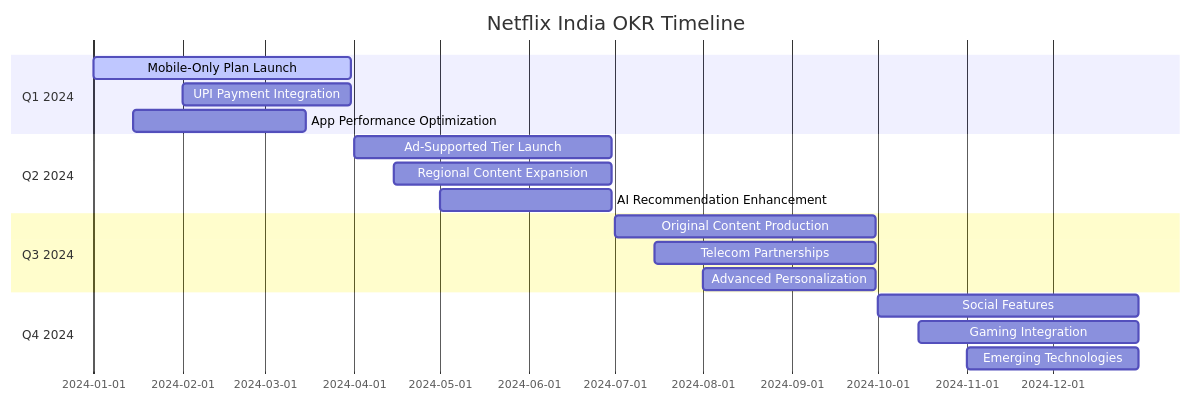
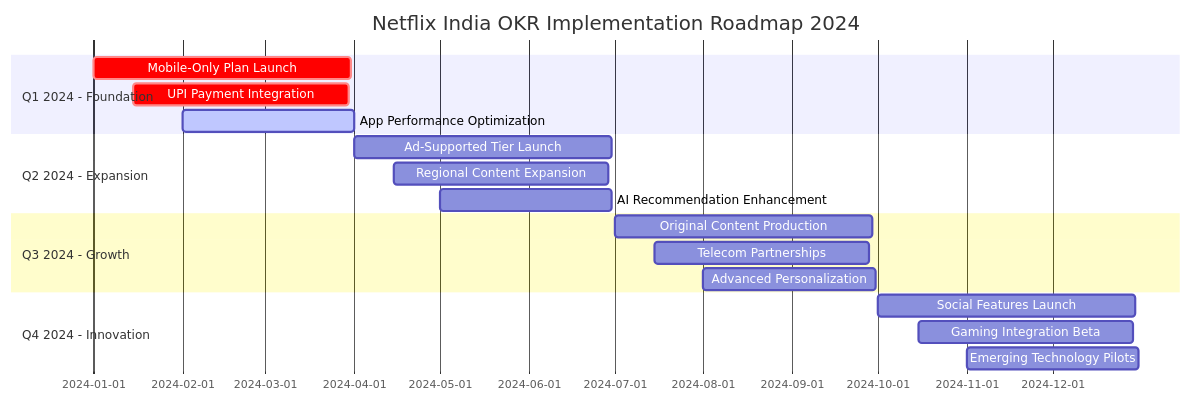
One commit to VIKAS9793/netflix-india-pm-case-study changed the third of 5 diagrams in assets/diagrams/okr-framework-structure.md. Above: the diagram before and after it, drawn with Mermaid. The commit also changed other lines of this file, not shown here.

First line of the commit message:
feat: enhance OKR framework with comprehensive goal-setting structure

````diff
--- a/assets/diagrams/okr-framework-structure.md
+++ b/assets/diagrams/okr-framework-structure.md
@@ -61,24 +217,25 @@
 ```mermaid
 gantt
-    title Netflix India OKR Timeline
-    dateFormat  YYYY-MM-DD
-    section Q1 2024
-    Mobile-Only Plan Launch    :active, mobile, 2024-01-01, 2024-03-31
-    UPI Payment Integration    :payment, 2024-02-01, 2024-03-31
-    App Performance Optimization :app, 2024-01-15, 2024-03-15
+    title Netflix India OKR Implementation Roadmap 2024
+    dateFormat YYYY-MM-DD
     
-    section Q2 2024
-    Ad-Supported Tier Launch   :ads, 2024-04-01, 2024-06-30
-    Regional Content Expansion :content, 2024-04-15, 2024-06-30
-    AI Recommendation Enhancement :ai, 2024-05-01, 2024-06-30
+    section Q1 2024 - Foundation
+    Mobile-Only Plan Launch          :crit, q1a, 2024-01-01, 90d
+    UPI Payment Integration          :crit, q1b, 2024-01-15, 75d
+    App Performance Optimization     :active, q1c, 2024-02-01, 60d
     
-    section Q3 2024
-    Original Content Production :original, 2024-07-01, 2024-09-30
-    Telecom Partnerships       :partnerships, 2024-07-15, 2024-09-30
-    Advanced Personalization   :personalization, 2024-08-01, 2024-09-30
+    section Q2 2024 - Expansion
+    Ad-Supported Tier Launch         :q2a, 2024-04-01, 90d
+    Regional Content Expansion       :q2b, 2024-04-15, 75d
+    AI Recommendation Enhancement    :q2c, 2024-05-01, 60d
     
-    section Q4 2024
-    Social Features            :social, 2024-10-01, 2024-12-31
-    Gaming Integration         :gaming, 2024-10-15, 2024-12-31
-    Emerging Technologies      :tech, 2024-11-01, 2024-12-31
+    section Q3 2024 - Growth
+    Original Content Production      :q3a, 2024-07-01, 90d
+    Telecom Partnerships             :q3b, 2024-07-15, 75d
+    Advanced Personalization         :q3c, 2024-08-01, 60d
+    
+    section Q4 2024 - Innovation
+    Social Features Launch           :q4a, 2024-10-01, 90d
+    Gaming Integration Beta          :q4b, 2024-10-15, 75d
+    Emerging Technology Pilots       :q4c, 2024-11-01, 60d
 ```
````
